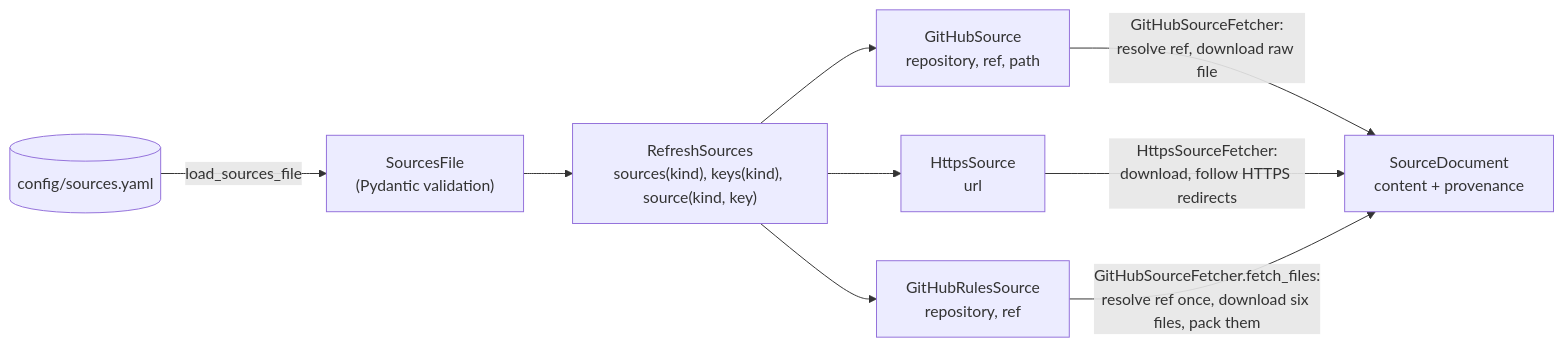
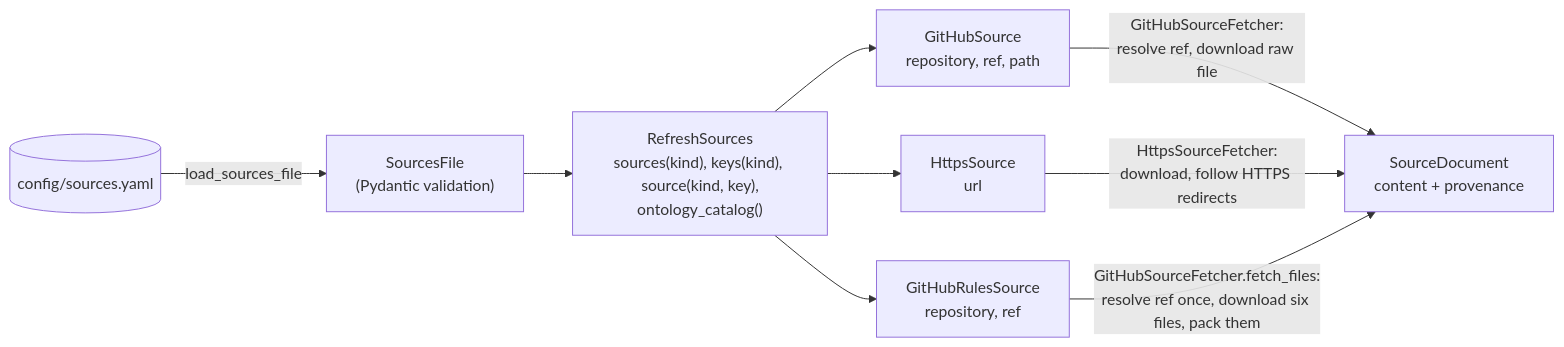
Before and after one commit to geneontology/standard-annotation-backend: the second of 5 diagrams in docs/refresh-infrastructure.md, drawn with Mermaid. The commit also changed other lines of this file and 30 other files, not shown here.

First line of the commit message:
Inject one ontology catalog instead of rebuilding prefix maps

````diff
--- a/docs/refresh-infrastructure.md
+++ b/docs/refresh-infrastructure.md
@@ -78,11 +78,11 @@
 ```mermaid
 flowchart LR
     file[("config/sources.yaml")] -->|"load_sources_file"| model["SourcesFile<br/>(Pydantic validation)"]
-    model --> lookup["RefreshSources<br/>sources(kind), keys(kind), source(kind, key)"]
+    model --> lookup["RefreshSources<br/>sources(kind), keys(kind), source(kind, key),<br/>ontology_catalog()"]
     lookup --> gh["GitHubSource<br/>repository, ref, path"]
     lookup --> https["HttpsSource<br/>url"]
     gh -->|"GitHubSourceFetcher:<br/>resolve ref, download raw file"| doc["SourceDocument<br/>content + provenance"]
     https -->|"HttpsSourceFetcher:<br/>download, follow HTTPS redirects"| doc
     lookup --> rules["GitHubRulesSource<br/>repository, ref"]
     rules -->|"GitHubSourceFetcher.fetch_files:<br/>resolve ref once, download six files, pack them"| doc
 ```
````
